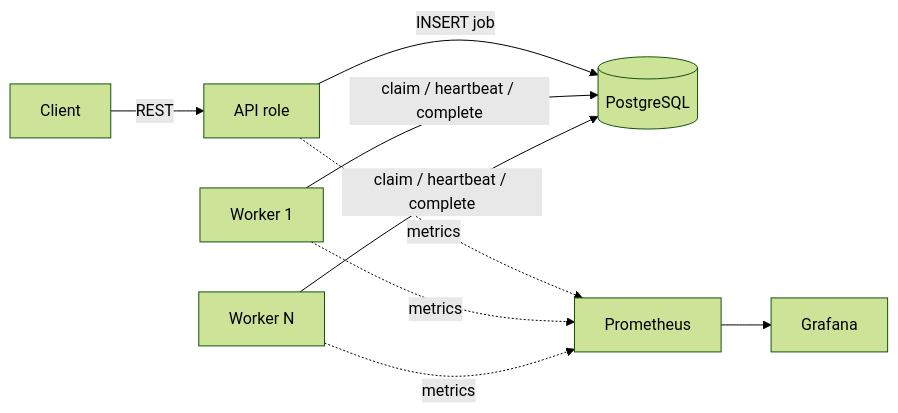
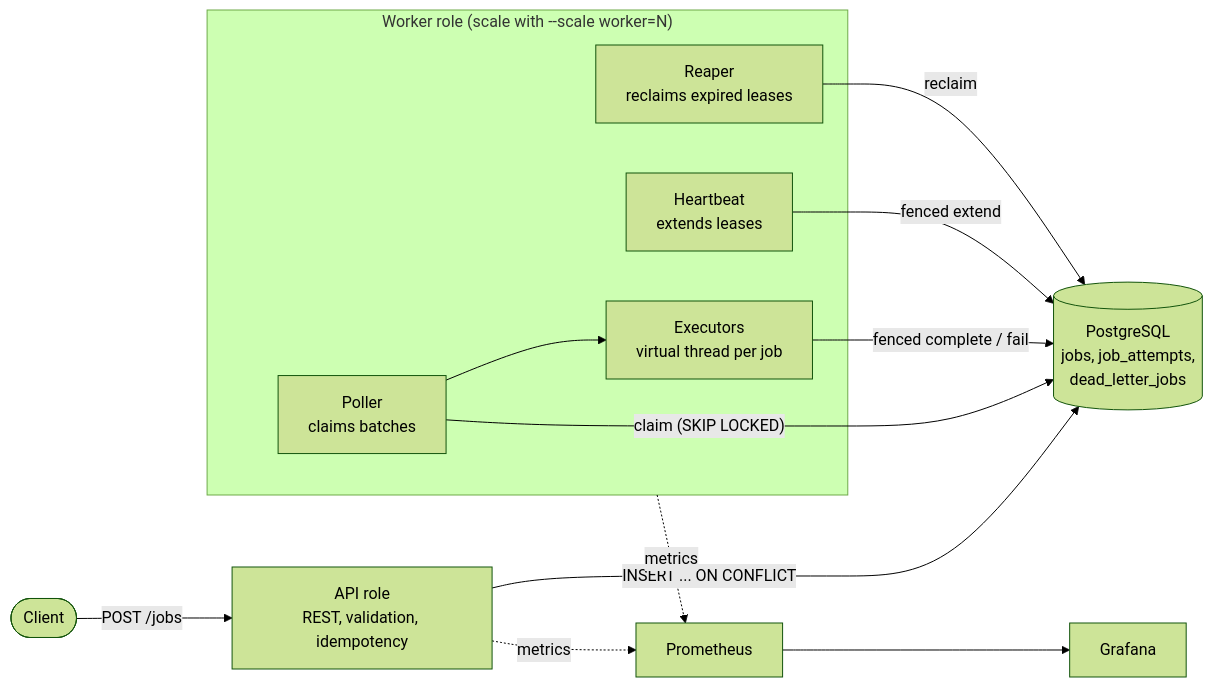
Before and after one commit to Octavian-Mihai/job-queue: the first of 2 diagrams in README.md, drawn with Mermaid (forest theme). The commit also changed other lines of this file and 6 other files, not shown here.

Commit message:
Phase 9: restructure README (pitch, design trade-offs, delivery guarantees, limitations), move detailed results to loadtest/RESULTS.md, add OpenAPI info, remove stale comments and dead code

````diff
--- a/README.md
+++ b/README.md
@@ -16,11 +17,17 @@
 ```mermaid
 flowchart LR
-  client[Client] -->|REST| api[API role]
-  api -->|INSERT job| pg[(PostgreSQL)]
-  w1[Worker 1] -->|claim / heartbeat / complete| pg
-  w2[Worker N] -->|claim / heartbeat / complete| pg
-  api -.metrics.-> prom[Prometheus]
-  w1 -.metrics.-> prom
-  w2 -.metrics.-> prom
+  client([Client]) -->|POST /jobs| api
+  api["API role<br/>REST, validation, idempotency"] -->|"INSERT ... ON CONFLICT"| pg
+  subgraph worker["Worker role (scale with --scale worker=N)"]
+    poller["Poller<br/>claims batches"] --> exec["Executors<br/>virtual thread per job"]
+    hb["Heartbeat<br/>extends leases"]
+    reaper["Reaper<br/>reclaims expired leases"]
+  end
+  poller -->|"claim (SKIP LOCKED)"| pg[("PostgreSQL<br/>jobs, job_attempts,<br/>dead_letter_jobs")]
+  exec -->|"fenced complete / fail"| pg
+  hb -->|"fenced extend"| pg
+  reaper -->|reclaim| pg
+  api -.->|metrics| prom[Prometheus]
+  worker -.->|metrics| prom
   prom --> graf[Grafana]
 ```
````
